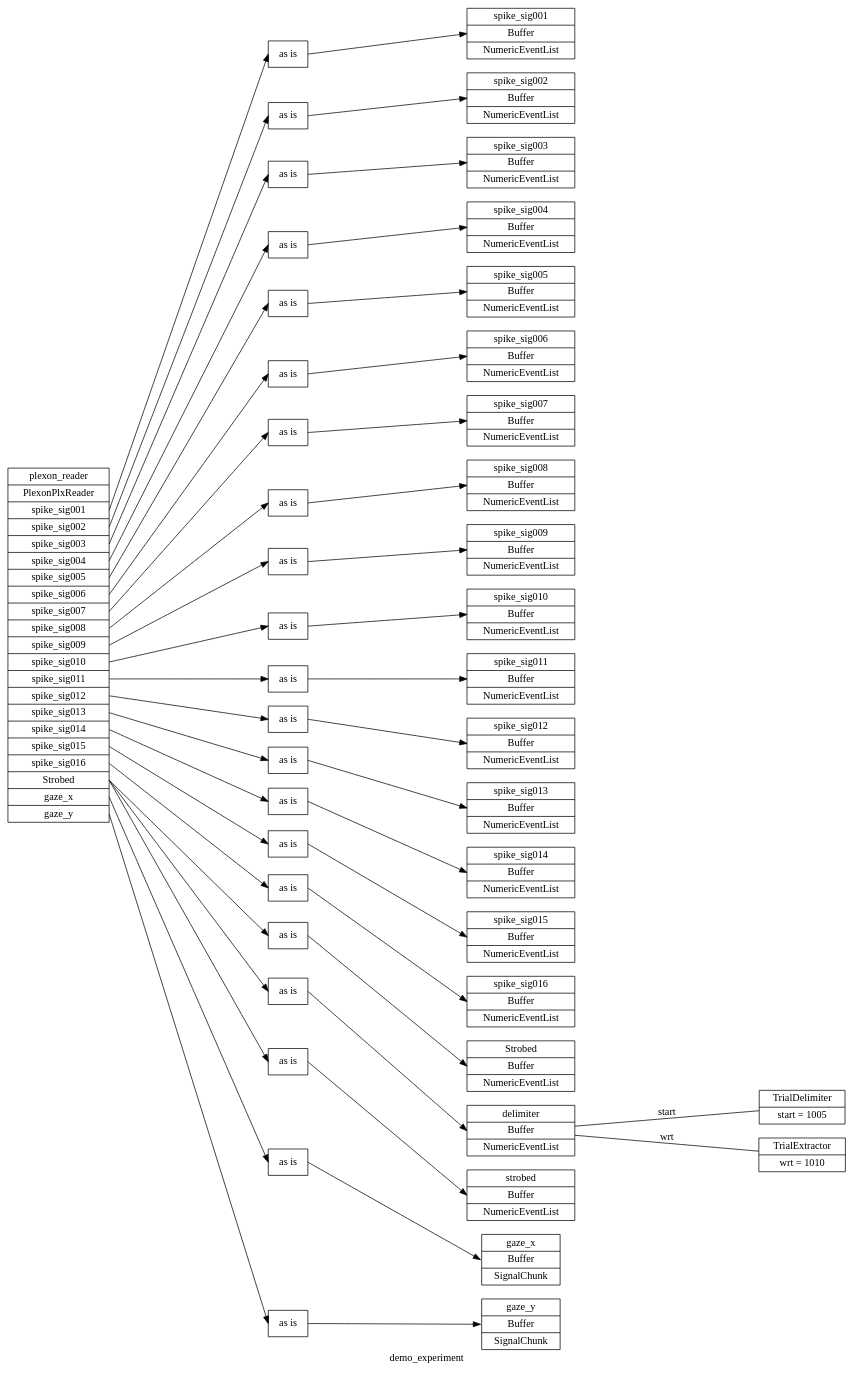
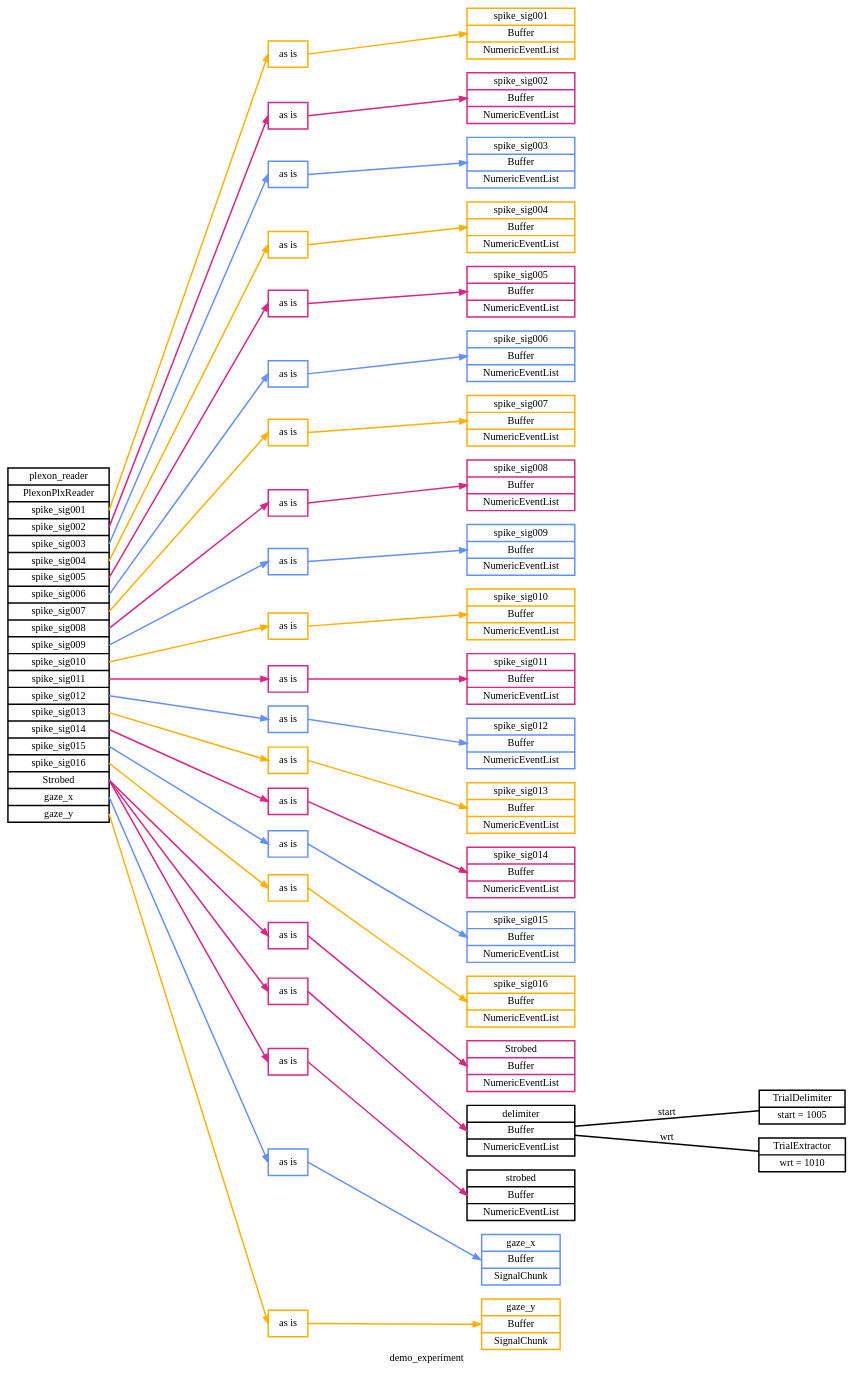
Before and after one commit to benjamin-heasly/gold-lab-nwb-conversions: the diagram in pyramid/docs/plexon-demo/demo_experiment.dot, drawn with Graphviz. The commit also changed 6 other files, not shown here.

Commit message:
Try color-coding Pyramid routes from reader to buffer.

```diff
--- a/pyramid/docs/plexon-demo/demo_experiment.dot
+++ b/pyramid/docs/plexon-demo/demo_experiment.dot
@@ -1,92 +1,94 @@
 digraph demo_experiment {
 	graph [label=demo_experiment overlap=scale rankdir=LR ranksep=3.0 splines=false]
+	node [penwidth=2.0]
+	edge [penwidth=2.0]
 	plexon_reader [label="plexon_reader|PlexonPlxReader|<spike_sig001>spike_sig001|<spike_sig002>spike_sig002|<spike_sig003>spike_sig003|<spike_sig004>spike_sig004|<spike_sig005>spike_sig005|<spike_sig006>spike_sig006|<spike_sig007>spike_sig007|<spike_sig008>spike_sig008|<spike_sig009>spike_sig009|<spike_sig010>spike_sig010|<spike_sig011>spike_sig011|<spike_sig012>spike_sig012|<spike_sig013>spike_sig013|<spike_sig014>spike_sig014|<spike_sig015>spike_sig015|<spike_sig016>spike_sig016|<Strobed>Strobed|<gaze_x>gaze_x|<gaze_y>gaze_y" shape=record]
-	spike_sig001 [label="spike_sig001|Buffer|NumericEventList" shape=record]
-	spike_sig002 [label="spike_sig002|Buffer|NumericEventList" shape=record]
-	spike_sig003 [label="spike_sig003|Buffer|NumericEventList" shape=record]
-	spike_sig004 [label="spike_sig004|Buffer|NumericEventList" shape=record]
-	spike_sig005 [label="spike_sig005|Buffer|NumericEventList" shape=record]
-	spike_sig006 [label="spike_sig006|Buffer|NumericEventList" shape=record]
-	spike_sig007 [label="spike_sig007|Buffer|NumericEventList" shape=record]
-	spike_sig008 [label="spike_sig008|Buffer|NumericEventList" shape=record]
-	spike_sig009 [label="spike_sig009|Buffer|NumericEventList" shape=record]
-	spike_sig010 [label="spike_sig010|Buffer|NumericEventList" shape=record]
-	spike_sig011 [label="spike_sig011|Buffer|NumericEventList" shape=record]
-	spike_sig012 [label="spike_sig012|Buffer|NumericEventList" shape=record]
-	spike_sig013 [label="spike_sig013|Buffer|NumericEventList" shape=record]
-	spike_sig014 [label="spike_sig014|Buffer|NumericEventList" shape=record]
-	spike_sig015 [label="spike_sig015|Buffer|NumericEventList" shape=record]
-	spike_sig016 [label="spike_sig016|Buffer|NumericEventList" shape=record]
-	Strobed [label="Strobed|Buffer|NumericEventList" shape=record]
-	gaze_x [label="gaze_x|Buffer|SignalChunk" shape=record]
-	gaze_y [label="gaze_y|Buffer|SignalChunk" shape=record]
+	spike_sig001 [label="spike_sig001|Buffer|NumericEventList" color="#FFB000" shape=record]
+	spike_sig002 [label="spike_sig002|Buffer|NumericEventList" color="#DC267F" shape=record]
+	spike_sig003 [label="spike_sig003|Buffer|NumericEventList" color="#648FFF" shape=record]
+	spike_sig004 [label="spike_sig004|Buffer|NumericEventList" color="#FFB000" shape=record]
+	spike_sig005 [label="spike_sig005|Buffer|NumericEventList" color="#DC267F" shape=record]
+	spike_sig006 [label="spike_sig006|Buffer|NumericEventList" color="#648FFF" shape=record]
+	spike_sig007 [label="spike_sig007|Buffer|NumericEventList" color="#FFB000" shape=record]
+	spike_sig008 [label="spike_sig008|Buffer|NumericEventList" color="#DC267F" shape=record]
+	spike_sig009 [label="spike_sig009|Buffer|NumericEventList" color="#648FFF" shape=record]
+	spike_sig010 [label="spike_sig010|Buffer|NumericEventList" color="#FFB000" shape=record]
+	spike_sig011 [label="spike_sig011|Buffer|NumericEventList" color="#DC267F" shape=record]
+	spike_sig012 [label="spike_sig012|Buffer|NumericEventList" color="#648FFF" shape=record]
+	spike_sig013 [label="spike_sig013|Buffer|NumericEventList" color="#FFB000" shape=record]
+	spike_sig014 [label="spike_sig014|Buffer|NumericEventList" color="#DC267F" shape=record]
+	spike_sig015 [label="spike_sig015|Buffer|NumericEventList" color="#648FFF" shape=record]
+	spike_sig016 [label="spike_sig016|Buffer|NumericEventList" color="#FFB000" shape=record]
+	Strobed [label="Strobed|Buffer|NumericEventList" color="#DC267F" shape=record]
+	gaze_x [label="gaze_x|Buffer|SignalChunk" color="#648FFF" shape=record]
+	gaze_y [label="gaze_y|Buffer|SignalChunk" color="#FFB000" shape=record]
 	delimiter [label="delimiter|Buffer|NumericEventList" shape=record]
 	strobed [label="strobed|Buffer|NumericEventList" shape=record]
-	plexon_reader_route_0 [label="as is" shape=record]
-	plexon_reader:spike_sig001:e -> plexon_reader_route_0:w
-	plexon_reader_route_0:e -> spike_sig001:w
-	plexon_reader_route_1 [label="as is" shape=record]
-	plexon_reader:spike_sig002:e -> plexon_reader_route_1:w
-	plexon_reader_route_1:e -> spike_sig002:w
-	plexon_reader_route_2 [label="as is" shape=record]
-	plexon_reader:spike_sig003:e -> plexon_reader_route_2:w
-	plexon_reader_route_2:e -> spike_sig003:w
-	plexon_reader_route_3 [label="as is" shape=record]
-	plexon_reader:spike_sig004:e -> plexon_reader_route_3:w
-	plexon_reader_route_3:e -> spike_sig004:w
-	plexon_reader_route_4 [label="as is" shape=record]
-	plexon_reader:spike_sig005:e -> plexon_reader_route_4:w
-	plexon_reader_route_4:e -> spike_sig005:w
-	plexon_reader_route_5 [label="as is" shape=record]
-	plexon_reader:spike_sig006:e -> plexon_reader_route_5:w
-	plexon_reader_route_5:e -> spike_sig006:w
-	plexon_reader_route_6 [label="as is" shape=record]
-	plexon_reader:spike_sig007:e -> plexon_reader_route_6:w
-	plexon_reader_route_6:e -> spike_sig007:w
-	plexon_reader_route_7 [label="as is" shape=record]
-	plexon_reader:spike_sig008:e -> plexon_reader_route_7:w
-	plexon_reader_route_7:e -> spike_sig008:w
-	plexon_reader_route_8 [label="as is" shape=record]
-	plexon_reader:spike_sig009:e -> plexon_reader_route_8:w
-	plexon_reader_route_8:e -> spike_sig009:w
-	plexon_reader_route_9 [label="as is" shape=record]
-	plexon_reader:spike_sig010:e -> plexon_reader_route_9:w
-	plexon_reader_route_9:e -> spike_sig010:w
-	plexon_reader_route_10 [label="as is" shape=record]
-	plexon_reader:spike_sig011:e -> plexon_reader_route_10:w
-	plexon_reader_route_10:e -> spike_sig011:w
-	plexon_reader_route_11 [label="as is" shape=record]
-	plexon_reader:spike_sig012:e -> plexon_reader_route_11:w
-	plexon_reader_route_11:e -> spike_sig012:w
-	plexon_reader_route_12 [label="as is" shape=record]
-	plexon_reader:spike_sig013:e -> plexon_reader_route_12:w
-	plexon_reader_route_12:e -> spike_sig013:w
-	plexon_reader_route_13 [label="as is" shape=record]
-	plexon_reader:spike_sig014:e -> plexon_reader_route_13:w
-	plexon_reader_route_13:e -> spike_sig014:w
-	plexon_reader_route_14 [label="as is" shape=record]
-	plexon_reader:spike_sig015:e -> plexon_reader_route_14:w
-	plexon_reader_route_14:e -> spike_sig015:w
-	plexon_reader_route_15 [label="as is" shape=record]
-	plexon_reader:spike_sig016:e -> plexon_reader_route_15:w
-	plexon_reader_route_15:e -> spike_sig016:w
-	plexon_reader_route_16 [label="as is" shape=record]
-	plexon_reader:Strobed:e -> plexon_reader_route_16:w
-	plexon_reader_route_16:e -> Strobed:w
-	plexon_reader_route_17 [label="as is" shape=record]
-	plexon_reader:gaze_x:e -> plexon_reader_route_17:w
-	plexon_reader_route_17:e -> gaze_x:w
-	plexon_reader_route_18 [label="as is" shape=record]
-	plexon_reader:gaze_y:e -> plexon_reader_route_18:w
-	plexon_reader_route_18:e -> gaze_y:w
-	plexon_reader_route_19 [label="as is" shape=record]
-	plexon_reader:Strobed:e -> plexon_reader_route_19:w
-	plexon_reader_route_19:e -> delimiter:w
-	plexon_reader_route_20 [label="as is" shape=record]
-	plexon_reader:Strobed:e -> plexon_reader_route_20:w
-	plexon_reader_route_20:e -> strobed:w
+	plexon_reader_route_0 [label="as is" color="#FFB000" shape=record]
+	plexon_reader:spike_sig001:e -> plexon_reader_route_0:w [color="#FFB000"]
+	plexon_reader_route_0:e -> spike_sig001:w [color="#FFB000"]
+	plexon_reader_route_1 [label="as is" color="#DC267F" shape=record]
+	plexon_reader:spike_sig002:e -> plexon_reader_route_1:w [color="#DC267F"]
+	plexon_reader_route_1:e -> spike_sig002:w [color="#DC267F"]
+	plexon_reader_route_2 [label="as is" color="#648FFF" shape=record]
+	plexon_reader:spike_sig003:e -> plexon_reader_route_2:w [color="#648FFF"]
+	plexon_reader_route_2:e -> spike_sig003:w [color="#648FFF"]
+	plexon_reader_route_3 [label="as is" color="#FFB000" shape=record]
+	plexon_reader:spike_sig004:e -> plexon_reader_route_3:w [color="#FFB000"]
+	plexon_reader_route_3:e -> spike_sig004:w [color="#FFB000"]
+	plexon_reader_route_4 [label="as is" color="#DC267F" shape=record]
+	plexon_reader:spike_sig005:e -> plexon_reader_route_4:w [color="#DC267F"]
+	plexon_reader_route_4:e -> spike_sig005:w [color="#DC267F"]
+	plexon_reader_route_5 [label="as is" color="#648FFF" shape=record]
+	plexon_reader:spike_sig006:e -> plexon_reader_route_5:w [color="#648FFF"]
+	plexon_reader_route_5:e -> spike_sig006:w [color="#648FFF"]
+	plexon_reader_route_6 [label="as is" color="#FFB000" shape=record]
+	plexon_reader:spike_sig007:e -> plexon_reader_route_6:w [color="#FFB000"]
+	plexon_reader_route_6:e -> spike_sig007:w [color="#FFB000"]
+	plexon_reader_route_7 [label="as is" color="#DC267F" shape=record]
+	plexon_reader:spike_sig008:e -> plexon_reader_route_7:w [color="#DC267F"]
+	plexon_reader_route_7:e -> spike_sig008:w [color="#DC267F"]
+	plexon_reader_route_8 [label="as is" color="#648FFF" shape=record]
+	plexon_reader:spike_sig009:e -> plexon_reader_route_8:w [color="#648FFF"]
+	plexon_reader_route_8:e -> spike_sig009:w [color="#648FFF"]
+	plexon_reader_route_9 [label="as is" color="#FFB000" shape=record]
+	plexon_reader:spike_sig010:e -> plexon_reader_route_9:w [color="#FFB000"]
+	plexon_reader_route_9:e -> spike_sig010:w [color="#FFB000"]
+	plexon_reader_route_10 [label="as is" color="#DC267F" shape=record]
+	plexon_reader:spike_sig011:e -> plexon_reader_route_10:w [color="#DC267F"]
+	plexon_reader_route_10:e -> spike_sig011:w [color="#DC267F"]
+	plexon_reader_route_11 [label="as is" color="#648FFF" shape=record]
+	plexon_reader:spike_sig012:e -> plexon_reader_route_11:w [color="#648FFF"]
+	plexon_reader_route_11:e -> spike_sig012:w [color="#648FFF"]
+	plexon_reader_route_12 [label="as is" color="#FFB000" shape=record]
+	plexon_reader:spike_sig013:e -> plexon_reader_route_12:w [color="#FFB000"]
+	plexon_reader_route_12:e -> spike_sig013:w [color="#FFB000"]
+	plexon_reader_route_13 [label="as is" color="#DC267F" shape=record]
+	plexon_reader:spike_sig014:e -> plexon_reader_route_13:w [color="#DC267F"]
+	plexon_reader_route_13:e -> spike_sig014:w [color="#DC267F"]
+	plexon_reader_route_14 [label="as is" color="#648FFF" shape=record]
+	plexon_reader:spike_sig015:e -> plexon_reader_route_14:w [color="#648FFF"]
+	plexon_reader_route_14:e -> spike_sig015:w [color="#648FFF"]
+	plexon_reader_route_15 [label="as is" color="#FFB000" shape=record]
+	plexon_reader:spike_sig016:e -> plexon_reader_route_15:w [color="#FFB000"]
+	plexon_reader_route_15:e -> spike_sig016:w [color="#FFB000"]
+	plexon_reader_route_16 [label="as is" color="#DC267F" shape=record]
+	plexon_reader:Strobed:e -> plexon_reader_route_16:w [color="#DC267F"]
+	plexon_reader_route_16:e -> Strobed:w [color="#DC267F"]
+	plexon_reader_route_17 [label="as is" color="#648FFF" shape=record]
+	plexon_reader:gaze_x:e -> plexon_reader_route_17:w [color="#648FFF"]
+	plexon_reader_route_17:e -> gaze_x:w [color="#648FFF"]
+	plexon_reader_route_18 [label="as is" color="#FFB000" shape=record]
+	plexon_reader:gaze_y:e -> plexon_reader_route_18:w [color="#FFB000"]
+	plexon_reader_route_18:e -> gaze_y:w [color="#FFB000"]
+	plexon_reader_route_19 [label="as is" color="#DC267F" shape=record]
+	plexon_reader:Strobed:e -> plexon_reader_route_19:w [color="#DC267F"]
+	plexon_reader_route_19:e -> delimiter:w [color="#DC267F"]
+	plexon_reader_route_20 [label="as is" color="#DC267F" shape=record]
+	plexon_reader:Strobed:e -> plexon_reader_route_20:w [color="#DC267F"]
+	plexon_reader_route_20:e -> strobed:w [color="#DC267F"]
 	trial_delimiter [label="TrialDelimiter|start = 1005" shape=record]
 	delimiter -> trial_delimiter [label=start arrowhead=none arrowtail=none]
 	trial_extractor [label="TrialExtractor|wrt = 1010" shape=record]
 	delimiter -> trial_extractor [label=wrt arrowhead=none arrowtail=none]
 }
```
